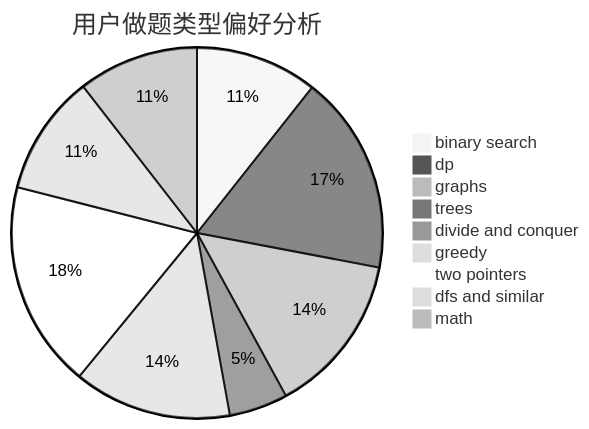
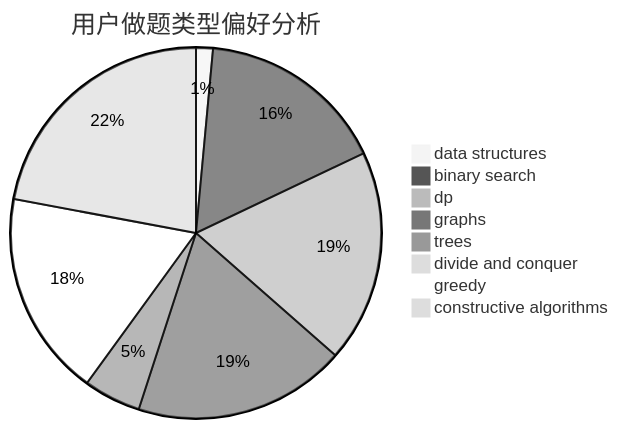
The second of 3 diagrams in docs/user/u697.md (sherpahu/cfrs.github.io), drawn with Mermaid (neutral theme) before and after one commit. The commit also changed other lines of this file and 2775 other files, not shown here.

````diff
--- a/docs/user/u697.md
+++ b/docs/user/u697.md
@@ -23,12 +23,11 @@
 ```mermaid
 pie title 用户做题类型偏好分析
-    "binary search" :  75
-    "dp" :  122
-    "graphs" :  99
-    "trees" :  36
+    "data structures" :  5
+    "binary search" :  56
+    "dp" :  63
+    "graphs" :  63
+    "trees" :  17
     "divide and conquer" :  0
-    "greedy" :  97
-    "two pointers" :  127
-    "dfs and similar" :  74
-    "math" :  74
+    "greedy" :  61
+    "constructive algorithms" :  75
 ```
````
